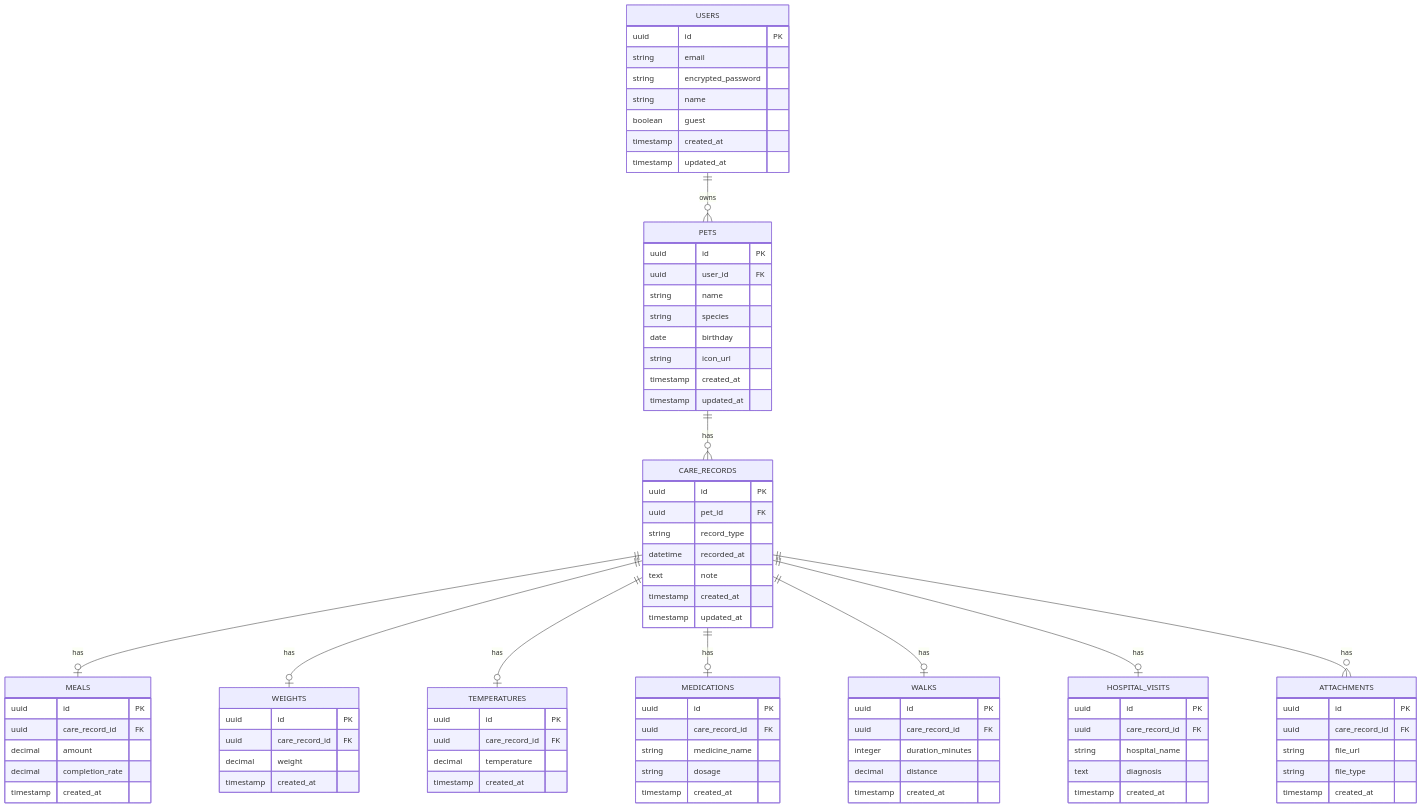
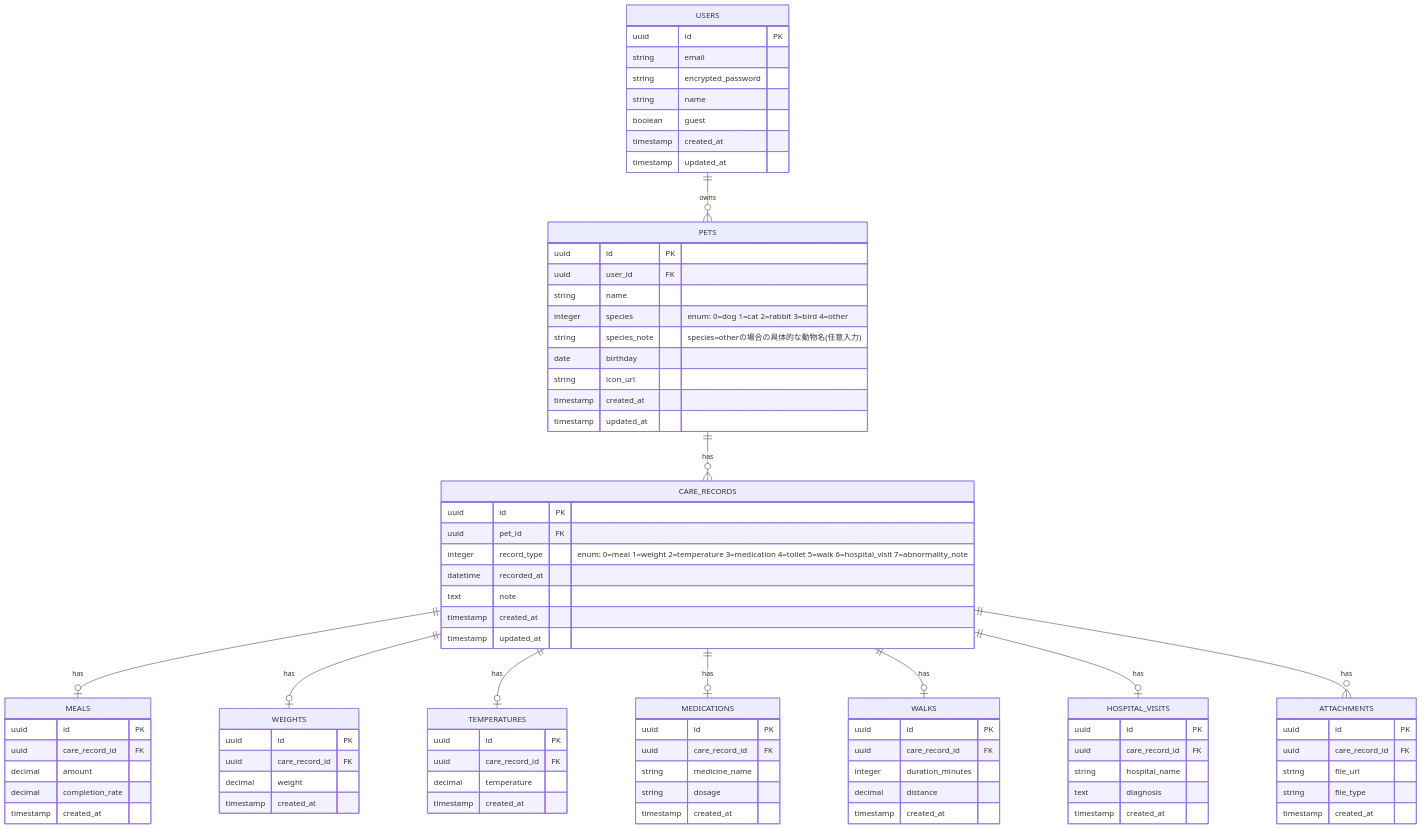
One commit to mryac-g/pet_health changed the diagram in README.md. Above: the diagram before and after it, drawn with Mermaid. The commit also changed other lines of this file, not shown here.

Commit message:
fix: レビュー指摘を反映しspecies/record_typeをENUM管理に変更
- PETS.species, CARE_RECORDS.record_typeをstring型からinteger型(ENUM対応)に変更
- speciesの選択肢をdog/cat/rabbit/bird/otherに拡張し、
  species=other選択時の情報欠落を防ぐためspecies_note(自由記述)を追加
- ER図の画像URLを最新内容に更新

```diff
--- a/README.md
+++ b/README.md
@@ -247,7 +247,8 @@
     uuid id PK
     uuid user_id FK
     string name
-    string species
+    integer species "enum: 0=dog 1=cat 2=rabbit 3=bird 4=other"
+    string species_note "species=otherの場合の具体的な動物名(任意入力)"
     date birthday
     string icon_url
     timestamp created_at
@@ -257,7 +258,7 @@
   CARE_RECORDS {
     uuid id PK
     uuid pet_id FK
-    string record_type
+    integer record_type "enum: 0=meal 1=weight 2=temperature 3=medication 4=toilet 5=walk 6=hospital_visit 7=abnormality_note"
     datetime recorded_at
     text note
     timestamp created_at
```
